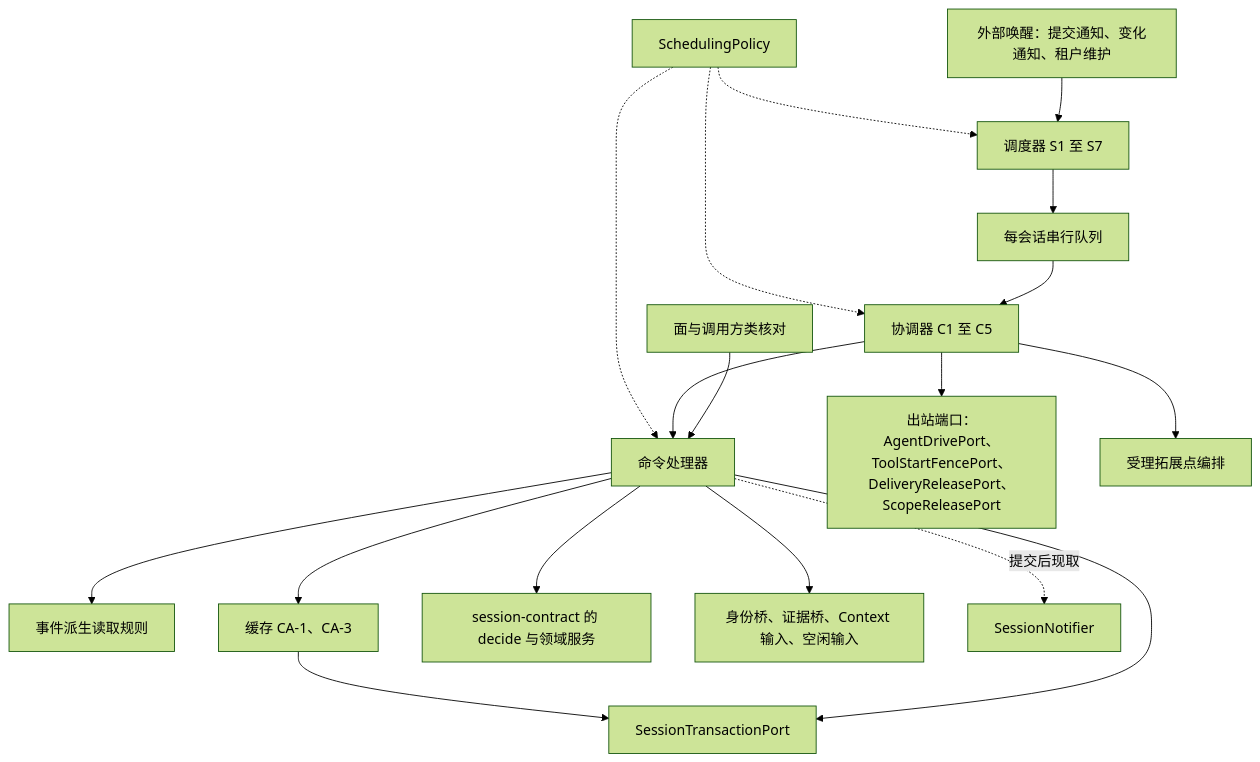
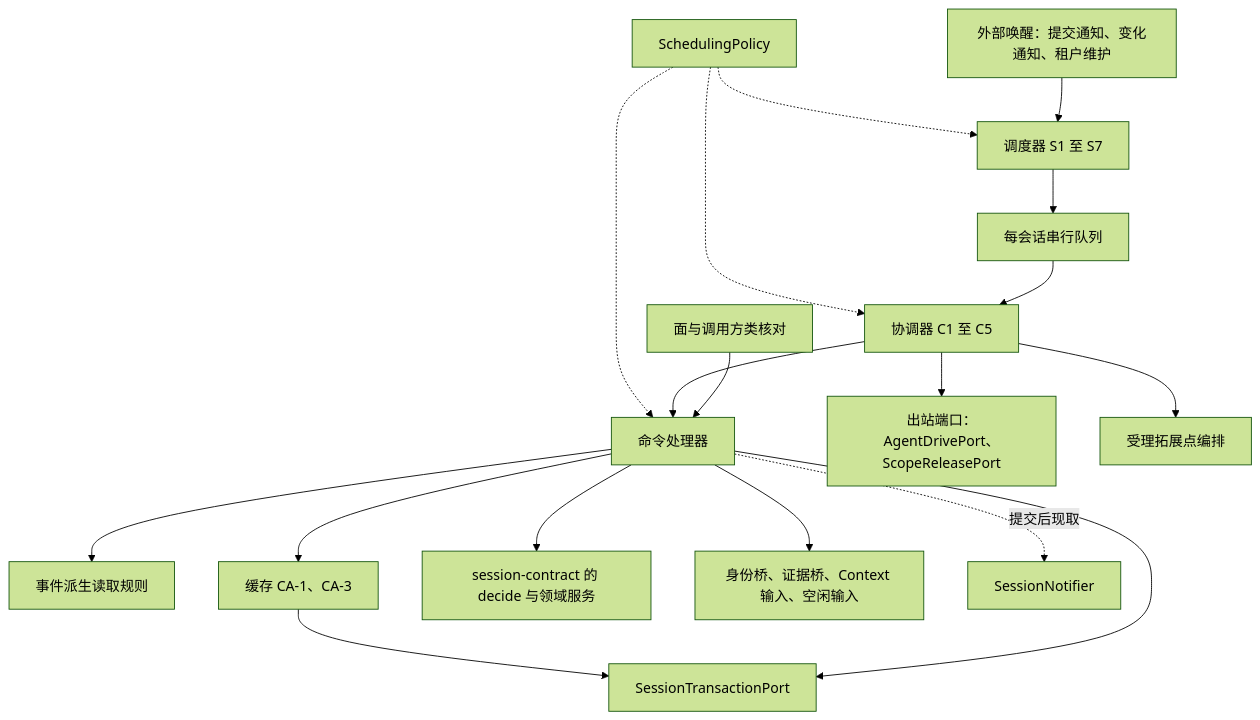
One commit to nemori-ai/omne-harness-lite changed the diagram in packages/session/session/docs/architecture/README.md. Above: the diagram before and after it, drawn with Mermaid (forest theme). The commit also changed other lines of this file and 44 other files, not shown here.

````diff
--- a/packages/session/session/docs/architecture/README.md
+++ b/packages/session/session/docs/architecture/README.md
@@ -26,20 +26,20 @@
 ```mermaid
 flowchart TB
   Faces[面与调用方类核对] --> CP[命令处理器]
   Signals[外部唤醒：提交通知、变化通知、租户维护] --> Sched[调度器 S1 至 S7]
   Sched --> Queue[每会话串行队列]
   Queue --> Coord[协调器 C1 至 C5]
   Coord --> CP
-  Coord --> Out[出站端口：AgentDrivePort、ToolStartFencePort、DeliveryReleasePort、ScopeReleasePort]
+  Coord --> Out[出站端口：AgentDrivePort、ScopeReleasePort]
   Coord --> EX[受理拓展点编排]
   CP --> RD[事件派生读取规则]
   CP --> Cache[缓存 CA-1、CA-3]
   CP --> Pure[session-contract 的 decide 与领域服务]
   CP --> Tx[SessionTransactionPort]
   CP --> Bridges[身份桥、证据桥、Context 输入、空闲输入]
   CP -. 提交后现取 .-> Notify[SessionNotifier]
   Cache --> Tx
   Policy[SchedulingPolicy] -.-> Sched
   Policy -.-> Coord
   Policy -.-> CP
 ```
````
